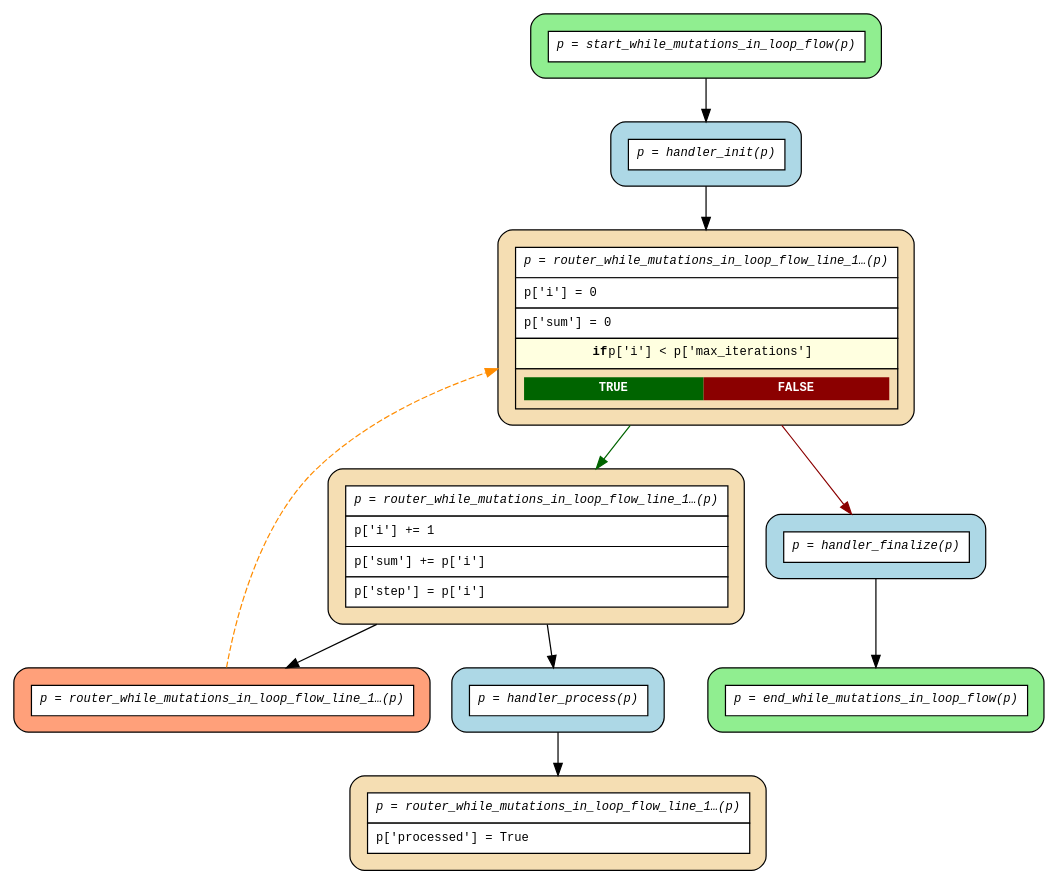
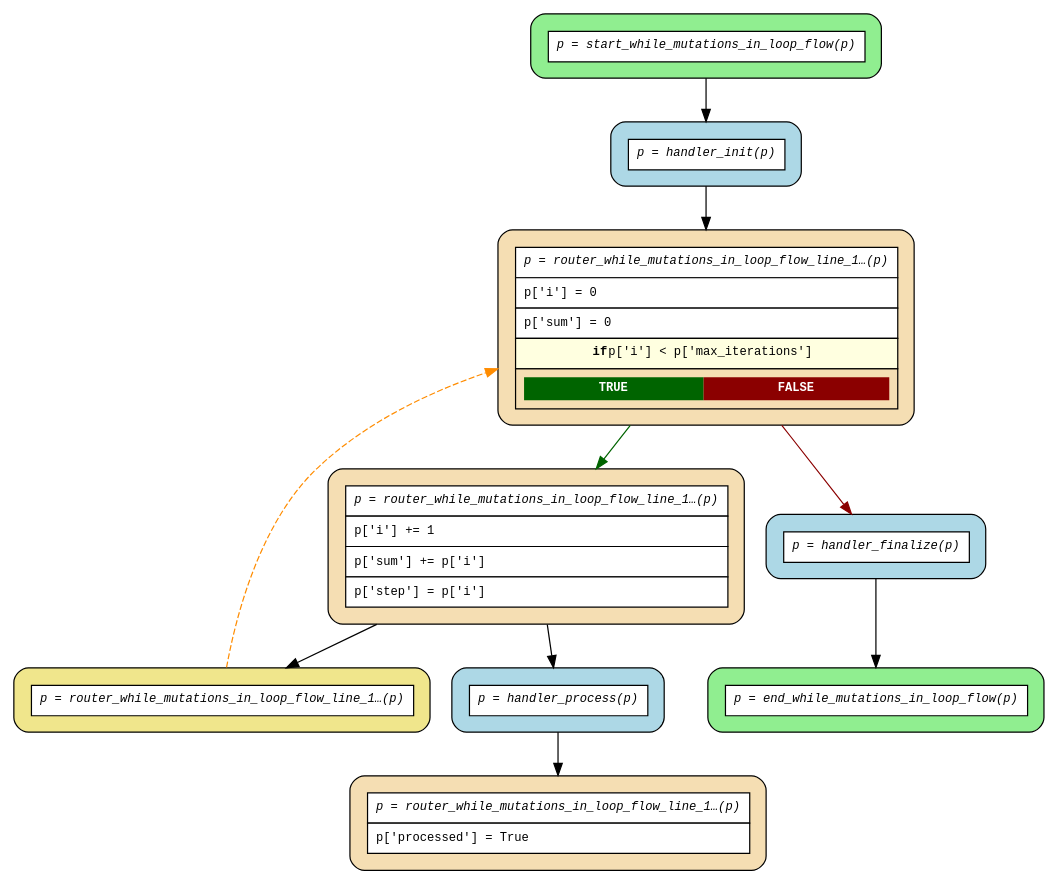
The diagram in examples/flows/compiled/while_mutations_in_loop/flow.dot (deliveryhero/asya), drawn with Graphviz before and after one commit. The commit also changed 26 other files, not shown here.

First line of the commit message:
fix(flow): fix DOT graph spurious edges and loop-back router color

```diff
--- a/examples/flows/compiled/while_mutations_in_loop/flow.dot
+++ b/examples/flows/compiled/while_mutations_in_loop/flow.dot
@@ -1,26 +1,26 @@
 digraph flow {
   rankdir=TB;
   graph [fontname="Courier", fontsize=10];
   node [fontname="Courier", fontsize=10, shape=box, style="filled,rounded", margin="0.2"];
   edge [fontname="Courier", fontsize=10];
 
   start_while_mutations_in_loop_flow [fillcolor="lightgreen", label=<<table border="0" cellspacing="0" cellpadding="6" cellborder="1"><tr><td bgcolor="white" align="center"><i>p = start_while_mutations_in_loop_flow(p)</i></td></tr></table>>];
   router_while_mutations_in_loop_flow_line_17_seq [fillcolor="wheat", label=<<table border="0" cellspacing="0" cellpadding="6" cellborder="1"><tr><td bgcolor="white" align="center"><i>p = router_while_mutations_in_loop_flow_line_1…(p)</i></td></tr><tr><td bgcolor="white" align="left">p['processed'] = True</td></tr></table>>];
   router_while_mutations_in_loop_flow_line_13_seq [fillcolor="wheat", label=<<table border="0" cellspacing="0" cellpadding="6" cellborder="1"><tr><td bgcolor="white" align="center"><i>p = router_while_mutations_in_loop_flow_line_1…(p)</i></td></tr><tr><td bgcolor="white" align="left">p['i'] += 1</td></tr><tr><td bgcolor="white" align="left">p['sum'] += p['i']</td></tr><tr><td bgcolor="white" align="left">p['step'] = p['i']</td></tr></table>>];
-  router_while_mutations_in_loop_flow_line_12_loop_back_0 [fillcolor="lightsalmon", label=<<table border="0" cellspacing="0" cellpadding="6" cellborder="1"><tr><td bgcolor="white" align="center"><i>p = router_while_mutations_in_loop_flow_line_1…(p)</i></td></tr></table>>];
+  router_while_mutations_in_loop_flow_line_12_loop_back_0 [fillcolor="khaki", label=<<table border="0" cellspacing="0" cellpadding="6" cellborder="1"><tr><td bgcolor="white" align="center"><i>p = router_while_mutations_in_loop_flow_line_1…(p)</i></td></tr></table>>];
   router_while_mutations_in_loop_flow_line_12_while_0 [fillcolor="wheat", label=<<table border="0" cellspacing="0" cellpadding="6" cellborder="1"><tr><td bgcolor="white" align="center"><i>p = router_while_mutations_in_loop_flow_line_1…(p)</i></td></tr><tr><td bgcolor="white" align="left">p['i'] = 0</td></tr><tr><td bgcolor="white" align="left">p['sum'] = 0</td></tr><tr><td bgcolor="lightyellow"><b>if</b> p['i'] &lt; p['max_iterations']</td></tr><tr><td><table border="0" cellspacing="0" cellpadding="4"><tr><td bgcolor="darkgreen"><font color="white"><b>TRUE</b></font></td><td bgcolor="darkred"><font color="white"><b>FALSE</b></font></td></tr></table></td></tr></table>>];
   end_while_mutations_in_loop_flow [fillcolor="lightgreen", label=<<table border="0" cellspacing="0" cellpadding="6" cellborder="1"><tr><td bgcolor="white" align="center"><i>p = end_while_mutations_in_loop_flow(p)</i></td></tr></table>>];
   handler_finalize [fillcolor="lightblue", label=<<table border="0" cellspacing="0" cellpadding="6" cellborder="1"><tr><td bgcolor="white" align="center"><i>p = handler_finalize(p)</i></td></tr></table>>];
   handler_init [fillcolor="lightblue", label=<<table border="0" cellspacing="0" cellpadding="6" cellborder="1"><tr><td bgcolor="white" align="center"><i>p = handler_init(p)</i></td></tr></table>>];
   handler_process [fillcolor="lightblue", label=<<table border="0" cellspacing="0" cellpadding="6" cellborder="1"><tr><td bgcolor="white" align="center"><i>p = handler_process(p)</i></td></tr></table>>];
 
   handler_finalize -> end_while_mutations_in_loop_flow;
   handler_init -> router_while_mutations_in_loop_flow_line_12_while_0;
   handler_process -> router_while_mutations_in_loop_flow_line_17_seq;
   router_while_mutations_in_loop_flow_line_12_loop_back_0 -> router_while_mutations_in_loop_flow_line_12_while_0 [style=dashed, color=darkorange, constraint=false];
   router_while_mutations_in_loop_flow_line_12_while_0 -> handler_finalize [color=darkred];
   router_while_mutations_in_loop_flow_line_12_while_0 -> router_while_mutations_in_loop_flow_line_13_seq [color=darkgreen];
   router_while_mutations_in_loop_flow_line_13_seq -> handler_process;
   router_while_mutations_in_loop_flow_line_13_seq -> router_while_mutations_in_loop_flow_line_12_loop_back_0;
   start_while_mutations_in_loop_flow -> handler_init;
 }
```
